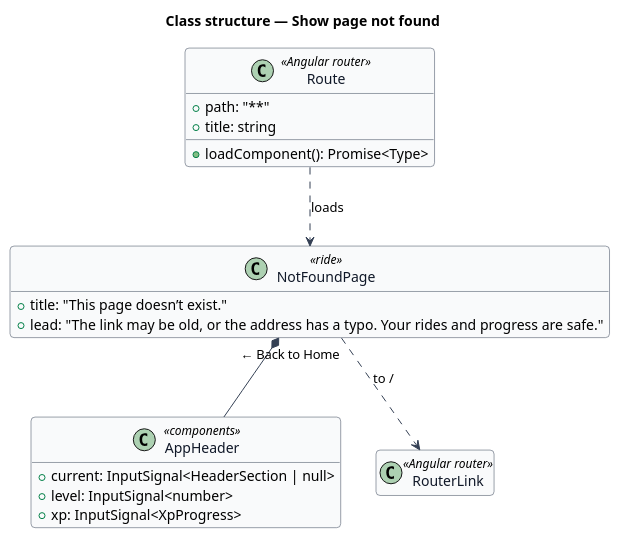
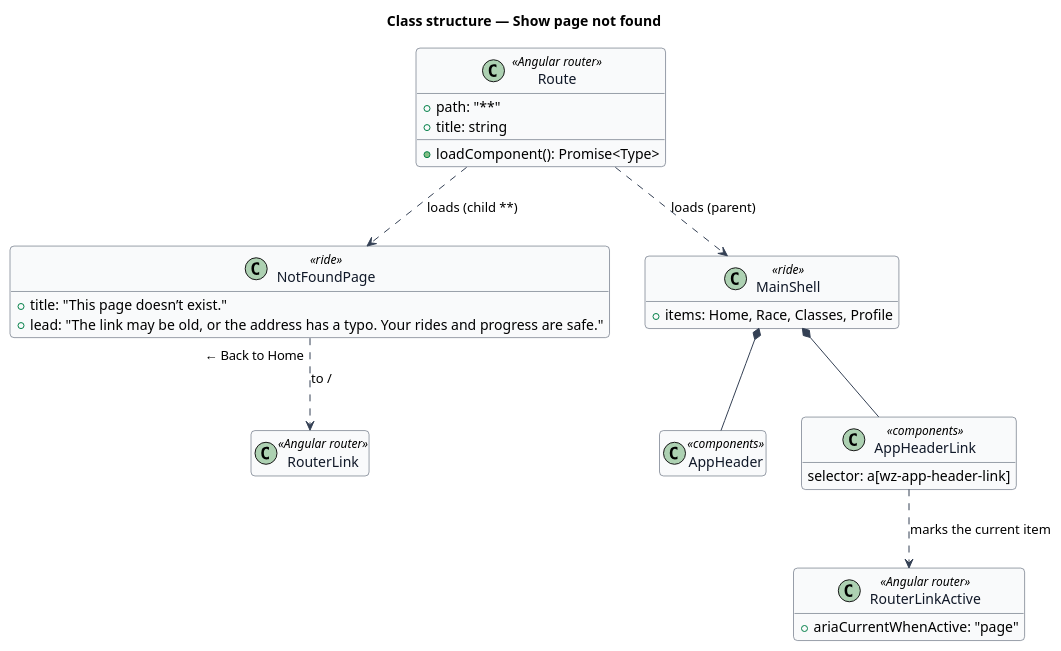
One commit to QuinntyneBrown/ride-one changed the diagram in docs/detailed-designs/ui/show-page-not-found/diagrams/class-structure.puml. Above: the diagram before and after it, drawn with PlantUML. The commit also changed 128 other files, not shown here.

```diff
--- a/docs/detailed-designs/ui/show-page-not-found/diagrams/class-structure.puml
+++ b/docs/detailed-designs/ui/show-page-not-found/diagrams/class-structure.puml
@@ -1,35 +1,43 @@
 @startuml
 ' --- shared skin header ---
 skinparam backgroundColor #FFFFFF
 skinparam shadowing false
 skinparam roundcorner 8
 skinparam defaultFontName Arial
 skinparam ArrowColor #344054
 skinparam class {
   BorderColor #344054
   FontColor #101828
   BackgroundColor #F9FAFB
 }
 ' --------------------------
 title Class structure — Show page not found
 hide empty members
 
 class NotFoundPage <<ride>> {
   +title: "This page doesn’t exist."
   +lead: "The link may be old, or the address has a typo. Your rides and progress are safe."
 }
-class AppHeader <<components>> {
-  +current: InputSignal<HeaderSection | null>
-  +level: InputSignal<number>
-  +xp: InputSignal<XpProgress>
+class MainShell <<ride>> {
+  +items: Home, Race, Classes, Profile
+}
+class AppHeader <<components>>
+class AppHeaderLink <<components>> {
+  selector: a[wz-app-header-link]
+}
+class RouterLinkActive <<Angular router>> {
+  +ariaCurrentWhenActive: "page"
 }
 class Route <<Angular router>> {
   +path: "**"
   +title: string
   +loadComponent(): Promise<Type>
 }
 class RouterLink <<Angular router>>
-Route ..> NotFoundPage : loads
-NotFoundPage *-- AppHeader
+Route ..> MainShell : loads (parent)
+Route ..> NotFoundPage : loads (child **)
+MainShell *-- AppHeader
+MainShell *-- AppHeaderLink
+AppHeaderLink ..> RouterLinkActive : marks the current item
 NotFoundPage ..> RouterLink : "← Back to Home" to /
 @enduml
```
